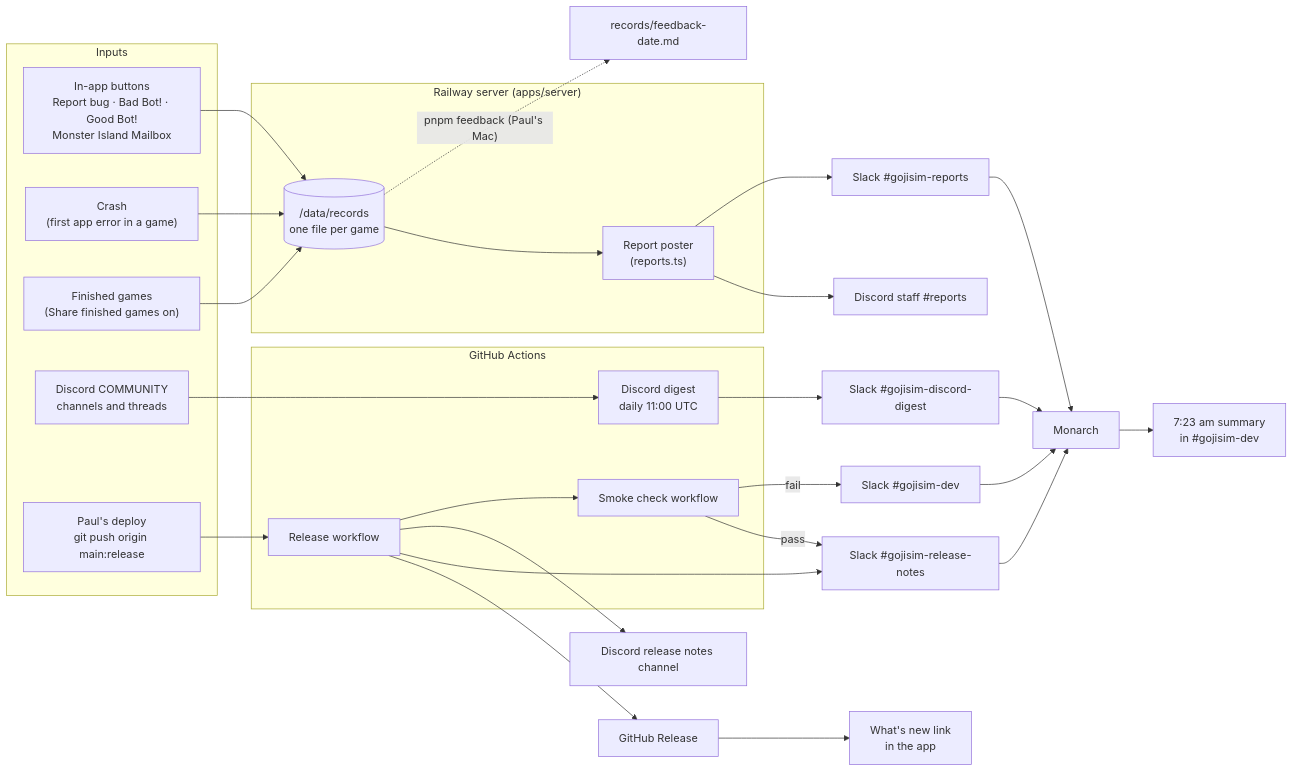
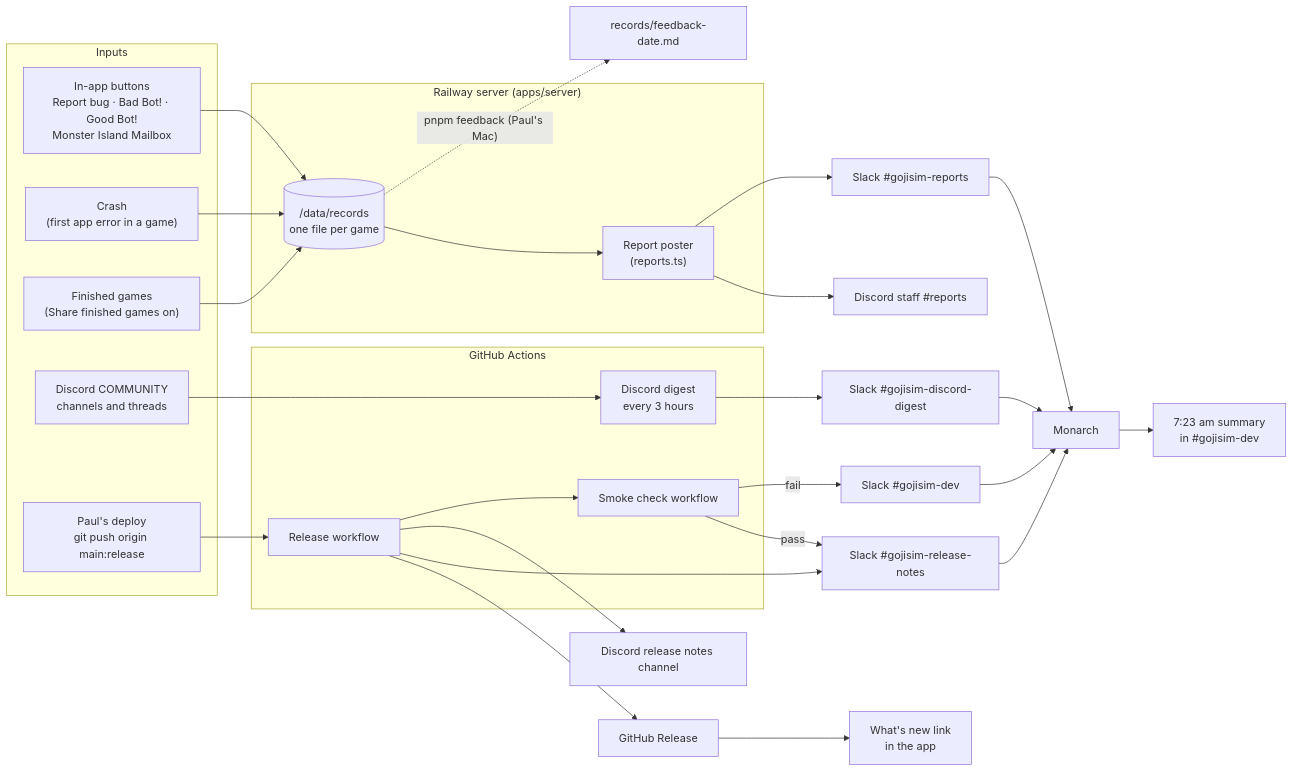
The diagram in docs/feedback-flow.md (pwluedke/gojisim), drawn with Mermaid before and after one commit. The commit also changed other lines of this file, not shown here.

Commit message:
feedback-flow.md: the digest every 3 hours, and Mecha watches Slack itself (#148)

````diff
--- a/docs/feedback-flow.md
+++ b/docs/feedback-flow.md
@@ -5,43 +5,43 @@
 ```mermaid
 flowchart LR
   subgraph Inputs
     BTN["In-app buttons<br/>Report bug · Bad Bot! · Good Bot!<br/>Monster Island Mailbox"]
     CRASH["Crash<br/>(first app error in a game)"]
     GAME["Finished games<br/>(Share finished games on)"]
     DISC["Discord COMMUNITY<br/>channels and threads"]
     PUSH["Paul's deploy<br/>git push origin main:release"]
   end
 
   subgraph Server["Railway server (apps/server)"]
     REC[("/data/records<br/>one file per game")]
     POST["Report poster<br/>(reports.ts)"]
   end
 
   subgraph GitHubActions["GitHub Actions"]
     REL["Release workflow"]
     SMOKE["Smoke check workflow"]
-    DIG["Discord digest<br/>daily 11:00 UTC"]
+    DIG["Discord digest<br/>every 3 hours"]
   end
 
   BTN --> REC
   CRASH --> REC
   GAME --> REC
   REC --> POST
   POST --> DREP["Discord staff #reports"]
   POST --> SREP["Slack #gojisim-reports"]
   DISC --> DIG --> SDIG["Slack #gojisim-discord-digest"]
   PUSH --> REL
   REL --> GHR["GitHub Release"]
   REL --> SREL["Slack #gojisim-release-notes"]
   REL --> DREL["Discord release notes channel"]
   REL --> SMOKE
   SMOKE -- pass --> SREL
   SMOKE -- fail --> SDEV["Slack #gojisim-dev"]
   REC -. "pnpm feedback (Paul's Mac)" .-> SUM["records/feedback-date.md"]
   SREP --> MON["Monarch"]
   SDIG --> MON
   SDEV --> MON
   SREL --> MON
   MON --> SUMM["7:23 am summary<br/>in #gojisim-dev"]
   GHR --> APP["What's new link<br/>in the app"]
 ```
````
